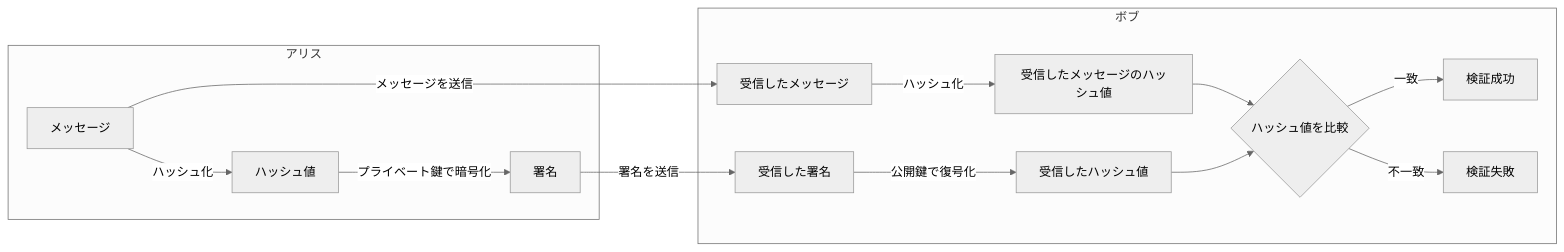
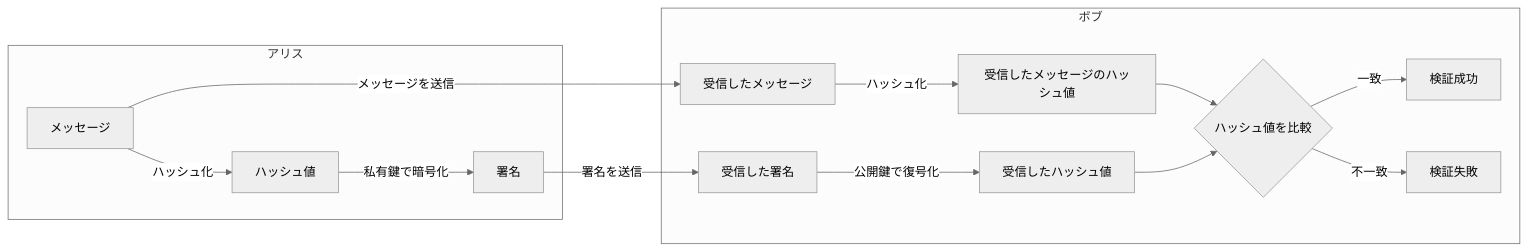
The first of 2 diagrams in DigitalSignature.md (shuji-bonji/Notes-about-Digital-Signatures-and-Timestamps), drawn with Mermaid (neutral theme) before and after one commit. The commit also changed other lines of this file and 7 other files, not shown here.

````diff
--- a/DigitalSignature.md
+++ b/DigitalSignature.md
@@ -34,20 +34,20 @@
 ```mermaid
 graph LR
     subgraph アリス
         A[メッセージ] -->|ハッシュ化| B[ハッシュ値]
-        B -->|プライベート鍵で暗号化| C[署名]
+        B -->|私有鍵で暗号化| C[署名]
     end
 
     subgraph ボブ
         G[受信したメッセージ] -->|ハッシュ化| H[受信したメッセージのハッシュ値]
         E[受信した署名] -->|公開鍵で復号化| F[受信したハッシュ値]
         H --> I{ハッシュ値を比較}
         F --> I
         I -->|一致| J[検証成功]
         I -->|不一致| K[検証失敗]
     end
 
     C -->|署名を送信| E
     A -->|メッセージを送信| G
 
 ```
````
